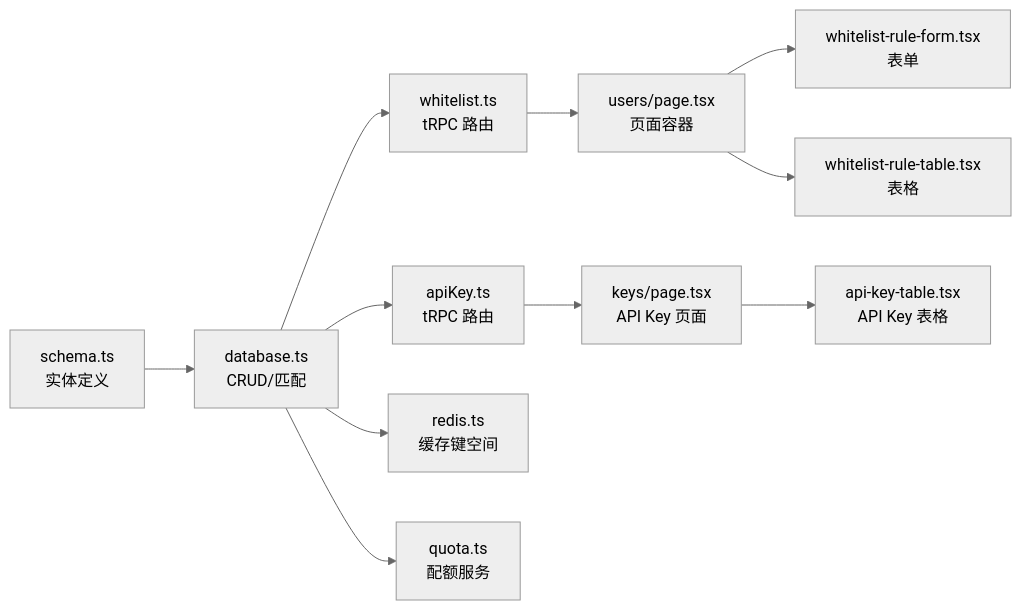
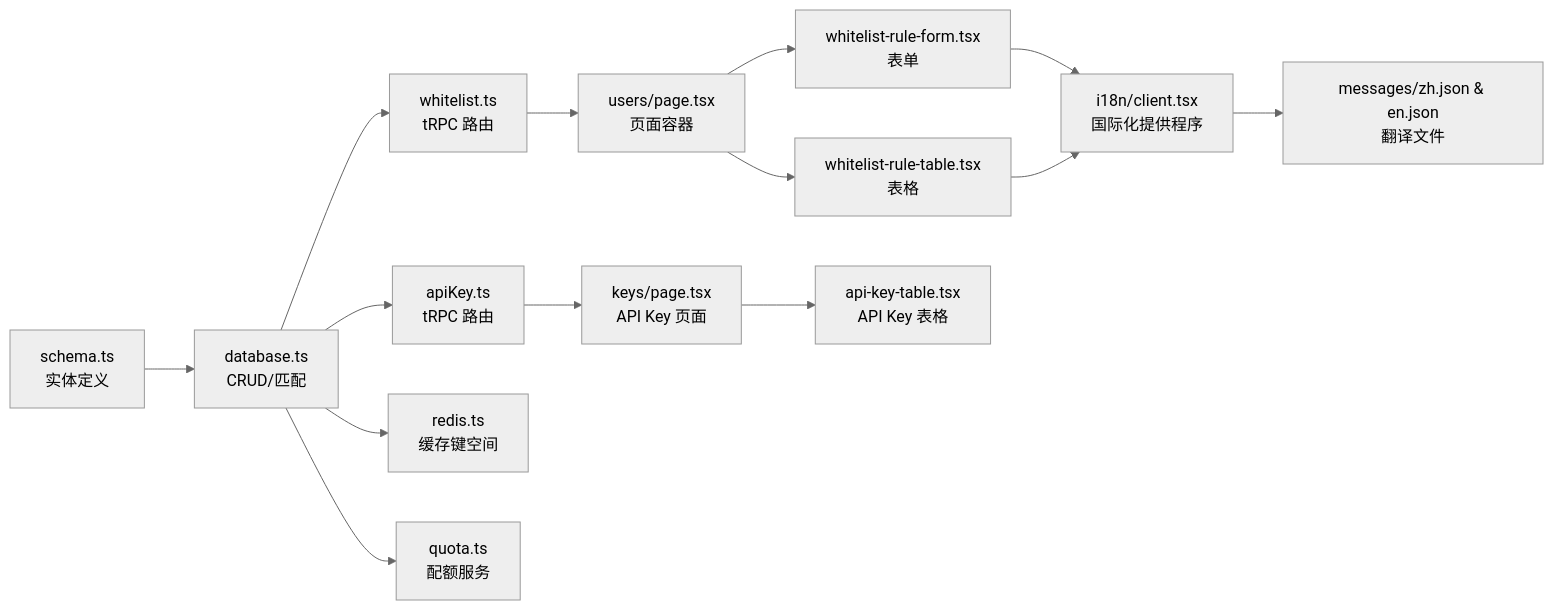
The tenth of 10 diagrams in .qoder/repowiki/zh/content/白名单管理系统.md (RadiumAg/AIGate), drawn with Mermaid (neutral theme) before and after one commit. The commit also changed other lines of this file and 4 other files, not shown here.

````diff
--- a/.qoder/repowiki/zh/content/白名单管理系统.md
+++ b/.qoder/repowiki/zh/content/白名单管理系统.md
@@ -410,13 +411,16 @@
 ```mermaid
 graph LR
 Schema["schema.ts<br/>实体定义"] --> DB["database.ts<br/>CRUD/匹配"]
 DB --> WhitelistRouter["whitelist.ts<br/>tRPC 路由"]
 DB --> ApiKeyRouter["apiKey.ts<br/>tRPC 路由"]
 WhitelistRouter --> Page["users/page.tsx<br/>页面容器"]
 ApiKeyRouter --> ApiKeyPage["keys/page.tsx<br/>API Key 页面"]
 Page --> Form["whitelist-rule-form.tsx<br/>表单"]
 Page --> Table["whitelist-rule-table.tsx<br/>表格"]
 ApiKeyPage --> ApiKeyTable["api-key-table.tsx<br/>API Key 表格"]
 DB --> Redis["redis.ts<br/>缓存键空间"]
 DB --> Quota["quota.ts<br/>配额服务"]
+I18n["i18n/client.tsx<br/>国际化提供程序"] --> Messages["messages/zh.json & en.json<br/>翻译文件"]
+Form --> I18n
+Table --> I18n
 ```
````
